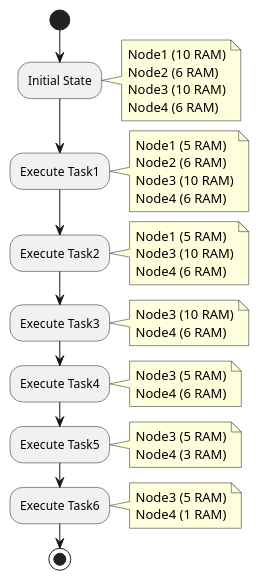
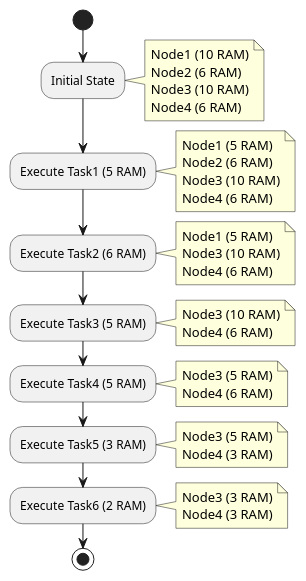
The diagram in src/practice/task-scheduling-activity.puml (felix-zaslavskiy/PriorityMatrix), drawn with PlantUML before and after one commit. The commit also changed 3 other files, not shown here.

```diff
--- a/src/practice/task-scheduling-activity.puml
+++ b/src/practice/task-scheduling-activity.puml
@@ -1,52 +1,52 @@
 @startuml
 start
 
 :Initial State;
 note right
   Node1 (10 RAM)
   Node2 (6 RAM)
   Node3 (10 RAM)
   Node4 (6 RAM)
 end note
 
-:Execute Task1;
+:Execute Task1 (5 RAM);
 note right
   Node1 (5 RAM)
   Node2 (6 RAM)
   Node3 (10 RAM)
   Node4 (6 RAM)
 end note
 
-:Execute Task2;
+:Execute Task2 (6 RAM);
 note right
   Node1 (5 RAM)
   Node3 (10 RAM)
   Node4 (6 RAM)
 end note
 
-:Execute Task3;
+:Execute Task3 (5 RAM);
 note right
   Node3 (10 RAM)
   Node4 (6 RAM)
 end note
 
-:Execute Task4;
+:Execute Task4 (5 RAM);
 note right
   Node3 (5 RAM)
   Node4 (6 RAM)
 end note
 
-:Execute Task5;
+:Execute Task5 (3 RAM);
 note right
   Node3 (5 RAM)
   Node4 (3 RAM)
 end note
 
-:Execute Task6;
+:Execute Task6 (2 RAM);
 note right
-  Node3 (5 RAM)
-  Node4 (1 RAM)
+  Node3 (3 RAM)
+  Node4 (3 RAM)
 end note
 
 stop
 @enduml
```
